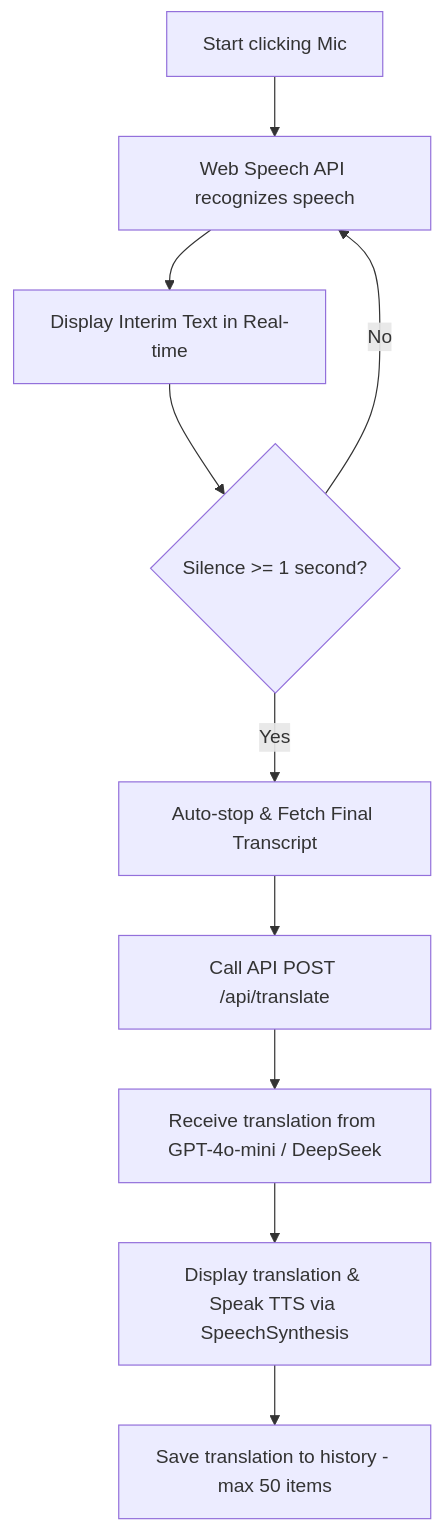
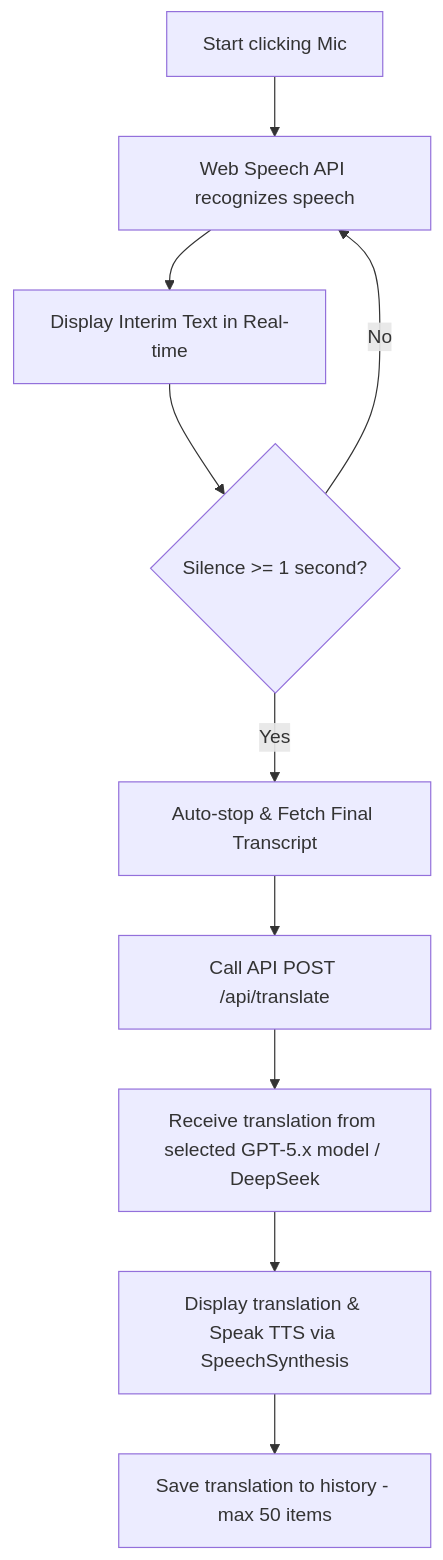
One commit to Vanhaoqb146/Chinese-translation_1 changed the first of 2 diagrams in .gemini/skills/voice-translate.md. Above: the diagram before and after it, drawn with Mermaid. The commit also changed other lines of this file and 68 other files, not shown here.

````diff
--- a/.gemini/skills/voice-translate.md
+++ b/.gemini/skills/voice-translate.md
@@ -198,12 +237,12 @@
 ```mermaid
 graph TD
     A[Start clicking Mic] --> B[Web Speech API recognizes speech]
     B --> C[Display Interim Text in Real-time]
     C --> D{Silence >= 1 second?}
     D -- Yes --> E[Auto-stop & Fetch Final Transcript]
     D -- No --> B
     E --> F[Call API POST /api/translate]
-    F --> G[Receive translation from GPT-4o-mini / DeepSeek]
+    F --> G[Receive translation from selected GPT-5.x model / DeepSeek]
     G --> H[Display translation & Speak TTS via SpeechSynthesis]
     H --> I[Save translation to history - max 50 items]
 ```
````
